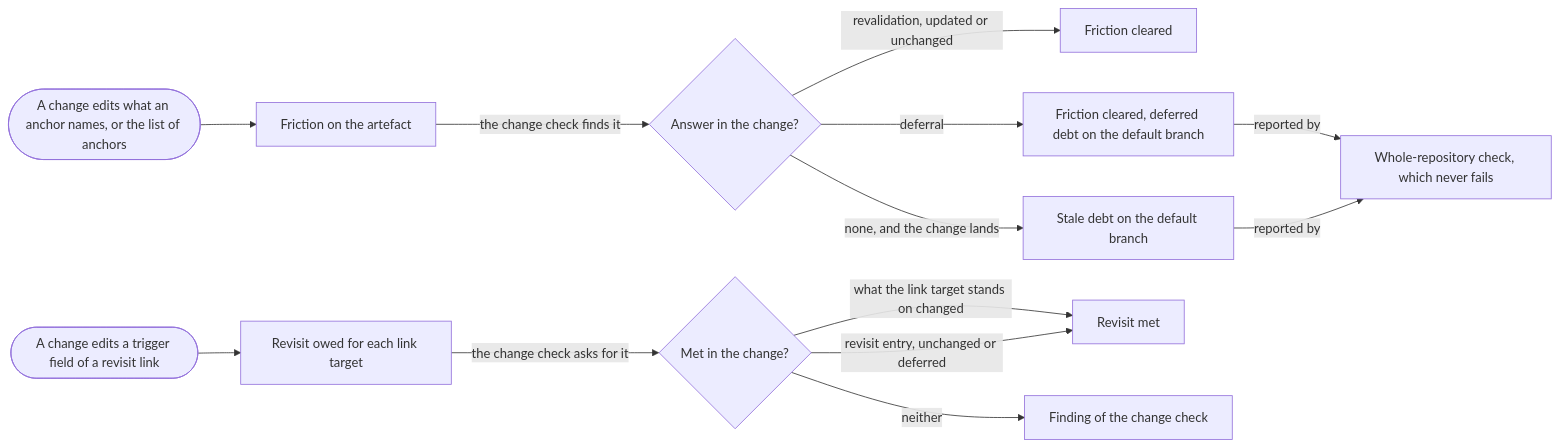
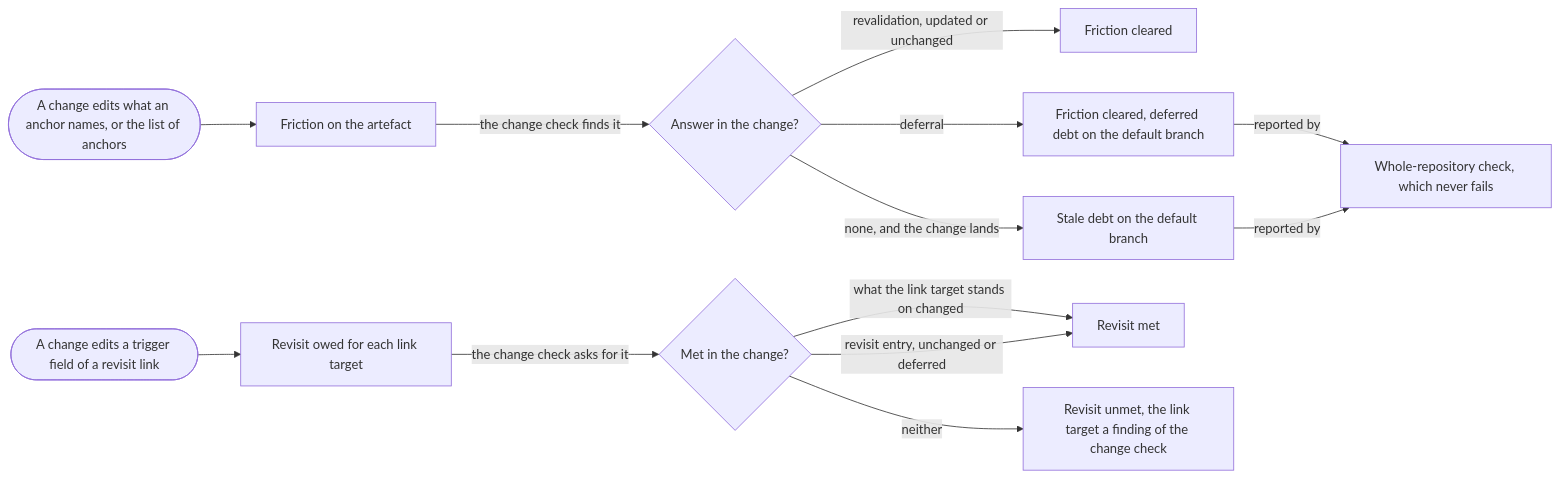
Before and after one commit to aleskalfas/project-kit: the second of 3 diagrams in tech-docs/analysis/core/domain-model/070-artefacts-and-friction.md, drawn with Mermaid. The commit also changed other lines of this file and 1 other file, not shown here.

First line of the commit message:
docs(analysis): the new terms' text names the noun each pronoun stood for

````diff
--- a/tech-docs/analysis/core/domain-model/070-artefacts-and-friction.md
+++ b/tech-docs/analysis/core/domain-model/070-artefacts-and-friction.md
@@ -126,17 +126,17 @@
 ```mermaid
 flowchart LR
   accTitle: How an edit leaves an artefact or a link target behind, and how each is answered
-  accDescr: A change edits what an anchor names, or an artefact's list of anchors, and the artefact has friction. The change check finds it. A revalidation in the change, updated or unchanged, clears the friction. A deferral clears it too, and leaves deferred debt on the default branch. Friction nobody answered stays on the default branch as stale debt. The whole-repository check reports both kinds of debt, and never fails. A change that edits a trigger field owes a revisit of each link target, which the change check asks for. A change to what the link target stands on, or a revisit entry, unchanged or deferred, meets it. Otherwise it is a finding of the change check.
+  accDescr: A change edits what an anchor names, or an artefact's list of anchors, and the artefact has friction. The change check finds it. A revalidation in the change, updated or unchanged, clears the friction. A deferral clears it too, and leaves deferred debt on the default branch. Friction nobody answered stays on the default branch as stale debt. The whole-repository check reports both kinds of debt, and never fails. A change that edits a trigger field owes a revisit of each link target, which the change check asks for. A change to what the link target stands on, or a revisit entry, unchanged or deferred, meets the revisit. Otherwise the revisit stays unmet, and the link target is a finding of the change check.
   E([A change edits what an anchor names, or the list of anchors]) --> F[Friction on the artefact]
   F -->|the change check finds it| A{Answer in the change?}
   A -->|revalidation, updated or unchanged| CL[Friction cleared]
   A -->|deferral| DF["Friction cleared, deferred debt on the default branch"]
   A -->|none, and the change lands| SD[Stale debt on the default branch]
   DF -->|reported by| W["Whole-repository check, which never fails"]
   SD -->|reported by| W
   T([A change edits a trigger field of a revisit link]) --> RO[Revisit owed for each link target]
   RO -->|the change check asks for it| M{Met in the change?}
   M -->|what the link target stands on changed| RM[Revisit met]
   M -->|revisit entry, unchanged or deferred| RM
-  M -->|neither| RF[Finding of the change check]
+  M -->|neither| RF[Revisit unmet, the link target a finding of the change check]
 ```
````
